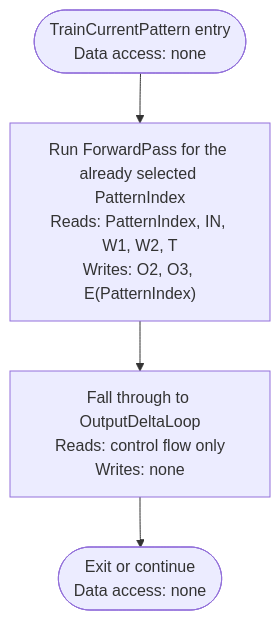
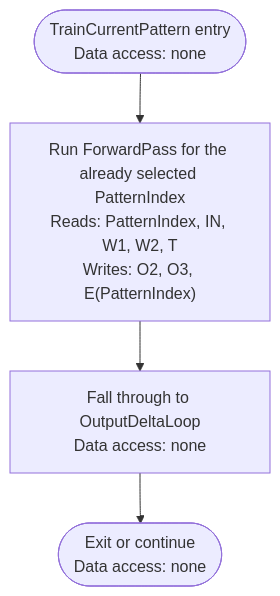
Diagram 30 of 51 in docs/Diagrams/BP-ML-Activity-Diagrams.md (sharpninja/NeuralNetworks), drawn with Mermaid before and after one commit. The commit also changed other lines of this file and 10 other files, not shown here.

````diff
--- a/docs/Diagrams/BP-ML-Activity-Diagrams.md
+++ b/docs/Diagrams/BP-ML-Activity-Diagrams.md
@@ -704,6 +745,6 @@
 ```mermaid
 flowchart TD
     A(["TrainCurrentPattern entry<br/>Data access: none"]) --> B["Run ForwardPass for the already selected PatternIndex<br/>Reads: PatternIndex, IN, W1, W2, T<br/>Writes: O2, O3, E(PatternIndex)"]
-    B --> C["Fall through to OutputDeltaLoop<br/>Reads: control flow only<br/>Writes: none"]
+    B --> C["Fall through to OutputDeltaLoop<br/>Data access: none"]
     C --> Z(["Exit or continue<br/>Data access: none"])
 ```
````
